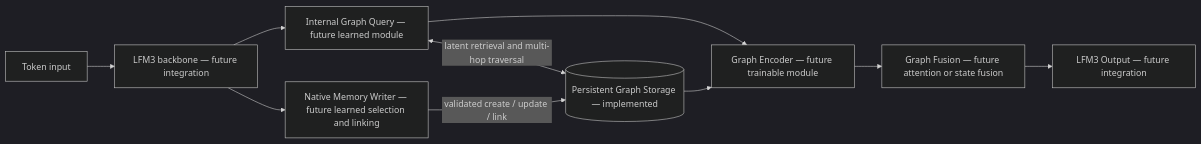
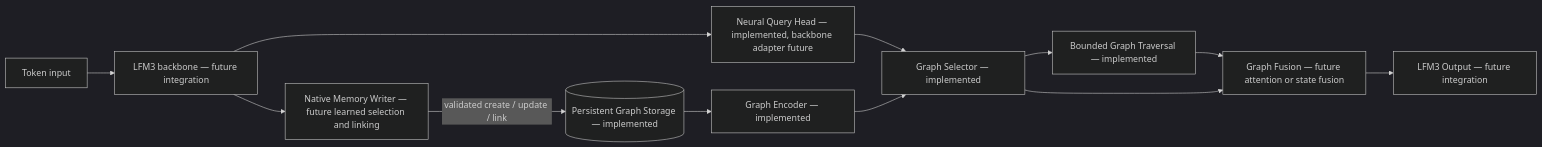
One commit to Anvaya-SH/rutam changed the first of 13 diagrams in docs/ARCHITECTURE.md. Above: the diagram before and after it, drawn with Mermaid (dark theme). The commit also changed other lines of this file and 302 other files, not shown here.

Commit message:
Add RUTAM graph memory architecture and security foundations

````diff
--- a/docs/ARCHITECTURE.md
+++ b/docs/ARCHITECTURE.md
@@ -31,12 +51,14 @@
 ```mermaid
 flowchart LR
     Input[Token input] --> LFM3[LFM3 backbone — future integration]
-    LFM3 --> Query[Internal Graph Query — future learned module]
-    Query --> Encoder[Graph Encoder — future trainable module]
-    Encoder --> Fusion[Graph Fusion — future attention or state fusion]
+    LFM3 --> Query[Neural Query Head — implemented, backbone adapter future]
+    Memory[(Persistent Graph Storage — implemented)] --> Encoder[Graph Encoder — implemented]
+    Query --> Selector[Graph Selector — implemented]
+    Encoder --> Selector
+    Selector --> Traversal[Bounded Graph Traversal — implemented]
+    Traversal --> Fusion
+    Selector --> Fusion[Graph Fusion — future attention or state fusion]
     Fusion --> Output[LFM3 Output — future integration]
-    Query <-->|latent retrieval and multi-hop traversal| Memory[(Persistent Graph Storage — implemented)]
     LFM3 --> Writer[Native Memory Writer — future learned selection and linking]
     Writer -->|validated create / update / link| Memory
-    Memory --> Encoder
 ```
````
